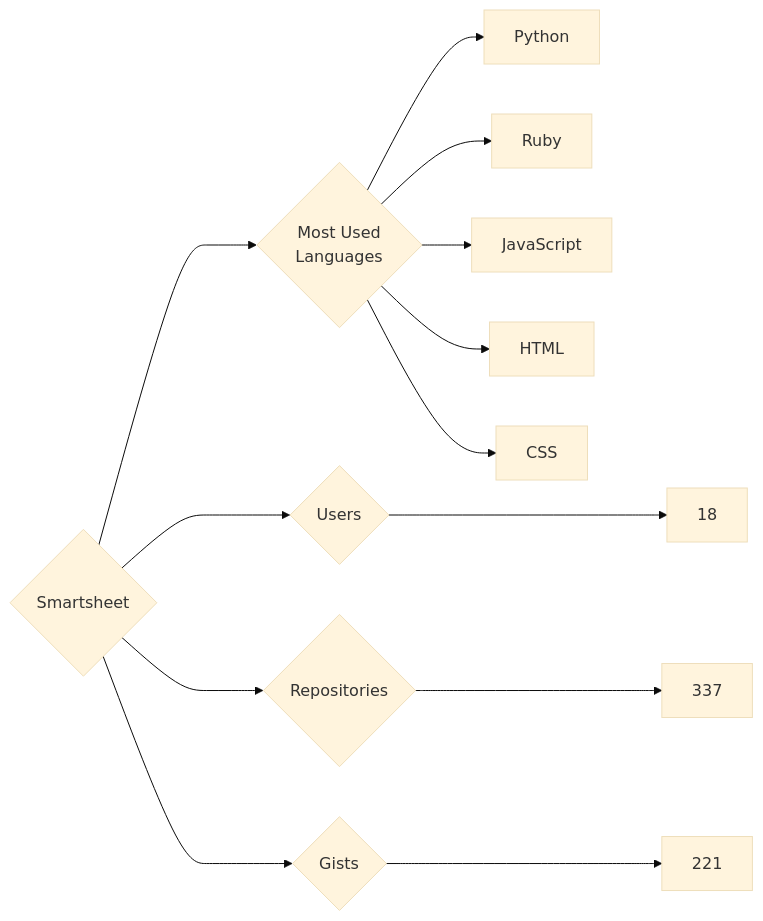
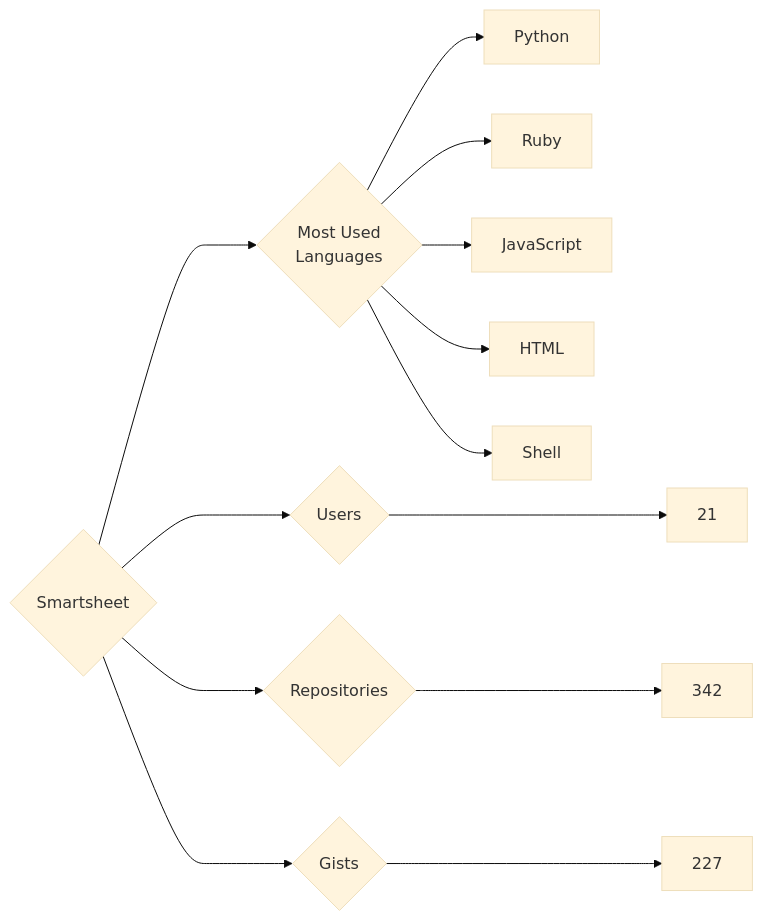
Before and after one commit to trickest/insiders: the diagram in targets/Smartsheet/README.md, drawn with Mermaid (base theme). The commit also changed 972 other files, not shown here.

````diff
--- a/targets/Smartsheet/README.md
+++ b/targets/Smartsheet/README.md
@@ -3,13 +3,13 @@
 ```mermaid
 graph LR
 COMPANY_NAME{Smartsheet}
-COMPANY_NAME ---> U{Users} ---> UN[18]
-COMPANY_NAME ---> R{Repositories} ---> RN[337]
-COMPANY_NAME ---> G{Gists} ---> GN[221]
+COMPANY_NAME ---> U{Users} ---> UN[21]
+COMPANY_NAME ---> R{Repositories} ---> RN[342]
+COMPANY_NAME ---> G{Gists} ---> GN[227]
 COMPANY_NAME ---> ML{Most Used<br>Languages}
 ML --> Python[Python]
 ML --> Ruby[Ruby]
 ML --> JavaScript[JavaScript]
 ML --> HTML[HTML]
-ML --> CSS[CSS]
+ML --> Shell[Shell]
 ```
````
